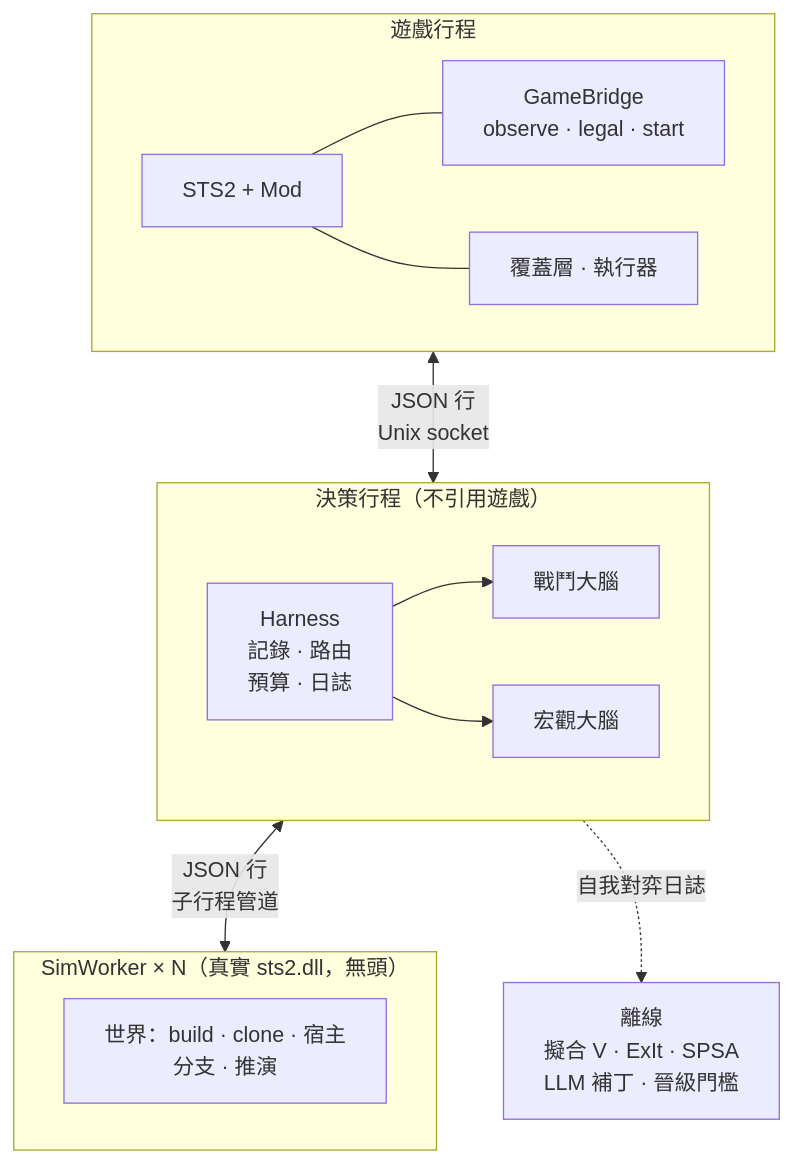
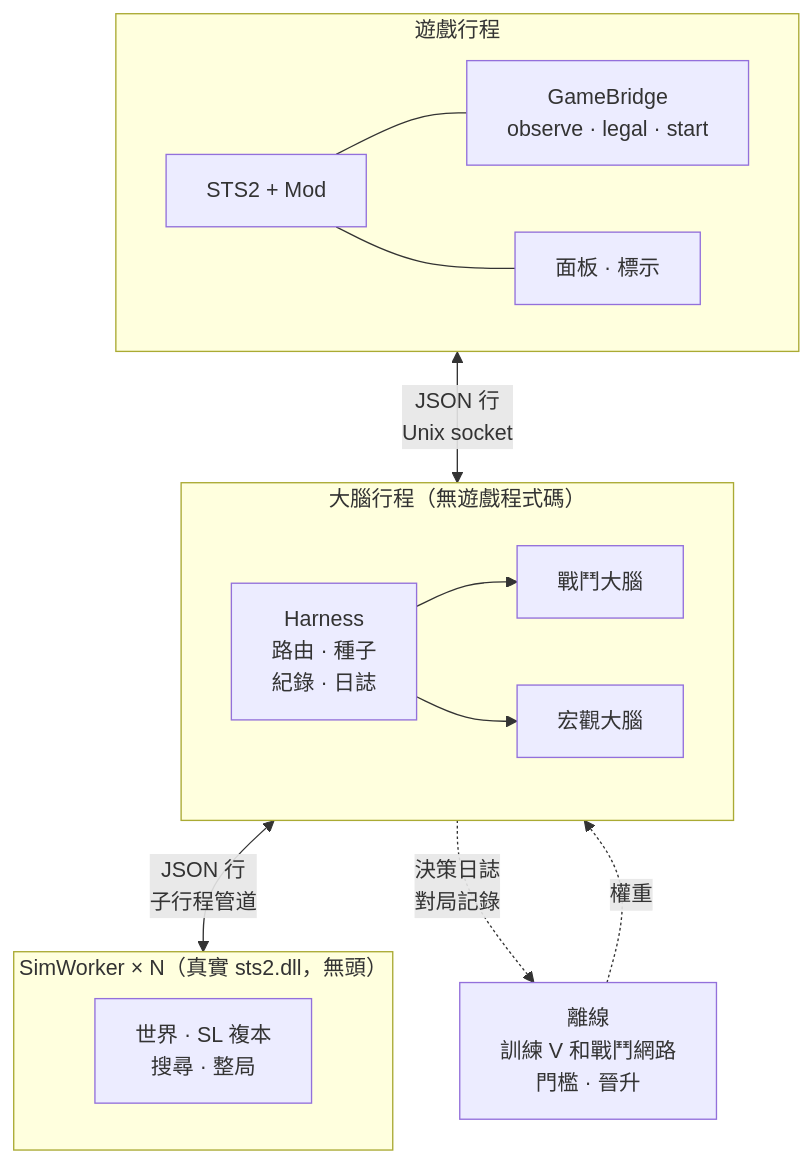
One commit to shinnku-nikaidou/spire-zero changed the diagram in docs/src/content/docs/zh-tw/index.mdx. Above: the diagram before and after it, drawn with Mermaid. The commit also changed other lines of this file and 29 other files, not shown here.

````diff
--- a/docs/src/content/docs/zh-tw/index.mdx
+++ b/docs/src/content/docs/zh-tw/index.mdx
@@ -38,17 +42,18 @@
 ```mermaid
 flowchart TD
   subgraph G["遊戲行程"]
     GAME["STS2 + Mod"] --- GB["GameBridge<br/>observe · legal · start"]
-    GAME --- UI["覆蓋層 · 執行器"]
+    GAME --- UI["面板 · 標示"]
   end
-  subgraph D["決策行程（不引用遊戲）"]
-    H["Harness<br/>記錄 · 路由<br/>預算 · 日誌"] --> CB["戰鬥大腦"]
+  subgraph D["大腦行程（無遊戲程式碼）"]
+    H["Harness<br/>路由 · 種子<br/>紀錄 · 日誌"] --> CB["戰鬥大腦"]
     H --> MB["宏觀大腦"]
   end
   subgraph W["SimWorker × N（真實 sts2.dll，無頭）"]
-    WS["世界：build · clone · 宿主<br/>分支 · 推演"]
+    WS["世界 · SL 複本<br/>搜尋 · 整局"]
   end
   G <-->|"JSON 行<br/>Unix socket"| D
   D <-->|"JSON 行<br/>子行程管道"| W
-  D -.->|"自我對弈日誌"| OFF["離線<br/>擬合 V · ExIt · SPSA<br/>LLM 補丁 · 晉級門檻"]
+  D -.->|"決策日誌<br/>對局記錄"| OFF["離線<br/>訓練 V 和戰鬥網路<br/>門檻 · 晉升"]
+  OFF -.->|"權重"| D
 ```
````
